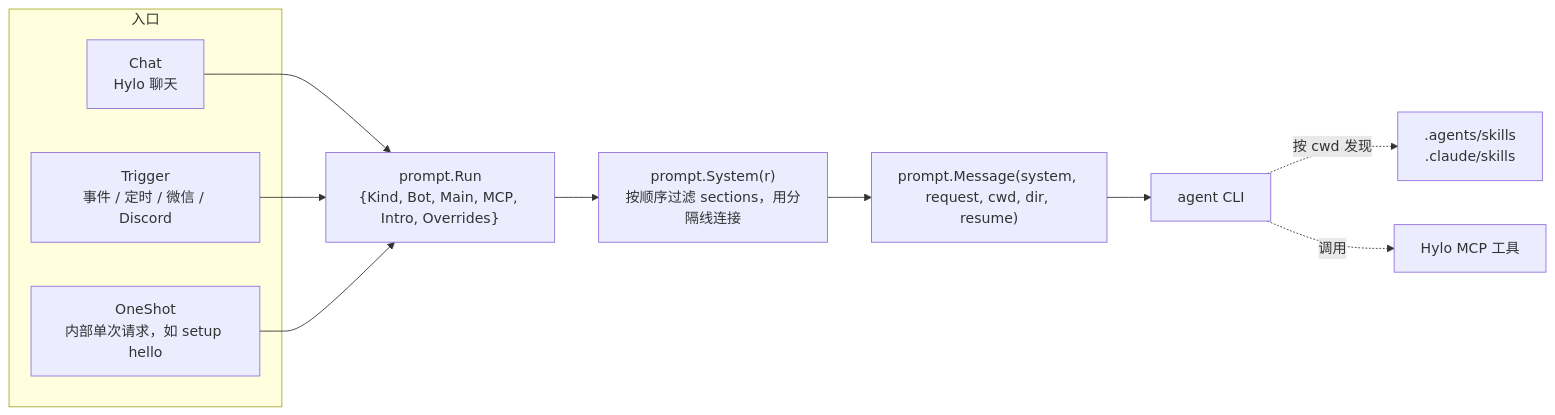
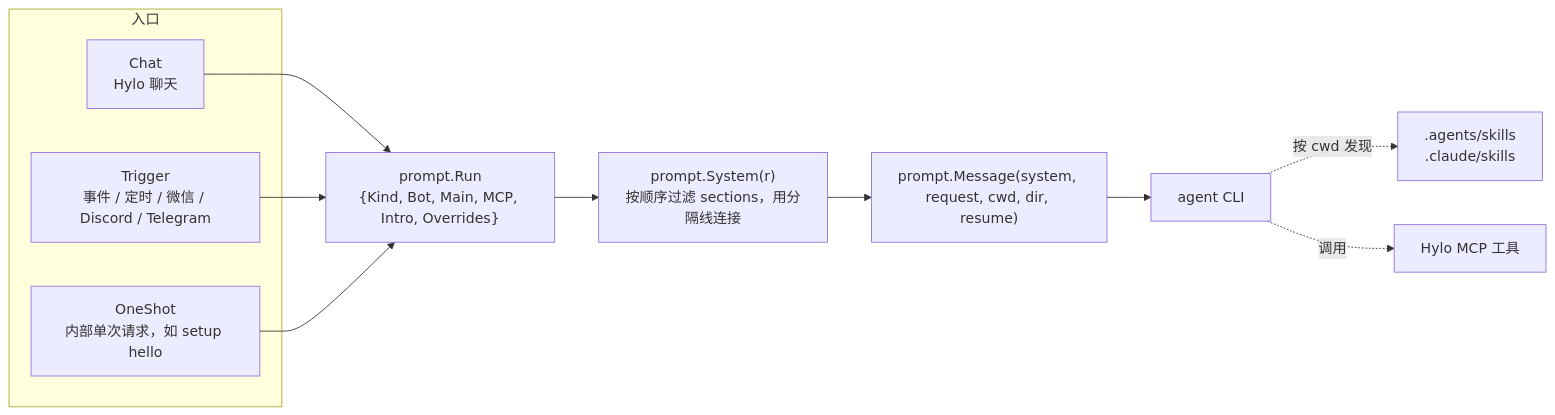
One commit to skoowoo/hylo changed the first of 6 diagrams in docs/prompt-skills-architecture.md. Above: the diagram before and after it, drawn with Mermaid. The commit also changed other lines of this file and 63 other files, not shown here.

Commit message:
Add a Telegram bridge and share one owner-only chat bridge across WeChat, Discord and Telegram

````diff
--- a/docs/prompt-skills-architecture.md
+++ b/docs/prompt-skills-architecture.md
@@ -17,14 +17,14 @@
 ```mermaid
 flowchart LR
     subgraph 入口
         C[Chat<br/>Hylo 聊天]
-        T[Trigger<br/>事件 / 定时 / 微信 / Discord]
+        T[Trigger<br/>事件 / 定时 / 微信 / Discord / Telegram]
         O[OneShot<br/>内部单次请求，如 setup hello]
     end
     C & T & O --> R["prompt.Run<br/>{Kind, Bot, Main, MCP, Intro, Overrides}"]
     R --> S["prompt.System(r)<br/>按顺序过滤 sections，用分隔线连接"]
     S --> M["prompt.Message(system, request, cwd, dir, resume)"]
     M --> A[agent CLI]
     A -. 按 cwd 发现 .-> SK[".agents/skills<br/>.claude/skills"]
     A -. 调用 .-> MCP[Hylo MCP 工具]
 ```
````
